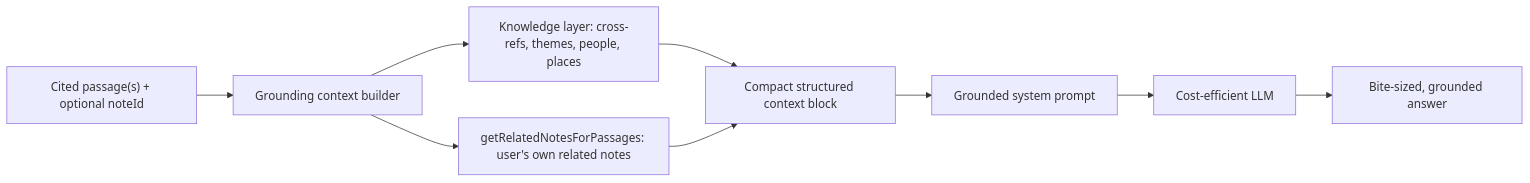
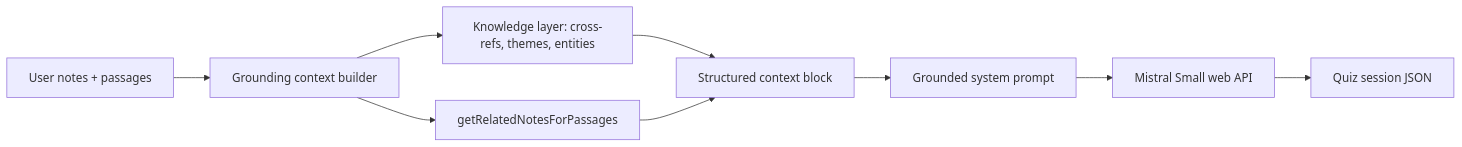
One commit to harvouscom/harvous changed the diagram in docs/future/SCRIPTURE_AI_GROUNDING_PHASE_5.md. Above: the diagram before and after it, drawn with Mermaid. The commit also changed other lines of this file and 13 other files, not shown here.

````diff
--- a/docs/future/SCRIPTURE_AI_GROUNDING_PHASE_5.md
+++ b/docs/future/SCRIPTURE_AI_GROUNDING_PHASE_5.md
@@ -53,11 +59,11 @@
 ```mermaid
 flowchart LR
-  Passage["Cited passage(s) + optional noteId"] --> Builder[Grounding context builder]
-  Builder --> KL["Knowledge layer: cross-refs, themes, people, places"]
-  Builder --> Related["getRelatedNotesForPassages: user's own related notes"]
-  KL --> Context[Compact structured context block]
+  Notes["User notes + passages"] --> Builder[Grounding context builder]
+  Builder --> KL["Knowledge layer: cross-refs, themes, entities"]
+  Builder --> Related["getRelatedNotesForPassages"]
+  KL --> Context[Structured context block]
   Related --> Context
   Context --> Prompt[Grounded system prompt]
-  Prompt --> Model[Cost-efficient LLM]
-  Model --> Response["Bite-sized, grounded answer"]
+  Prompt --> Mistral[Mistral Small web API]
+  Mistral --> QuizJSON["Quiz session JSON"]
 ```
````
